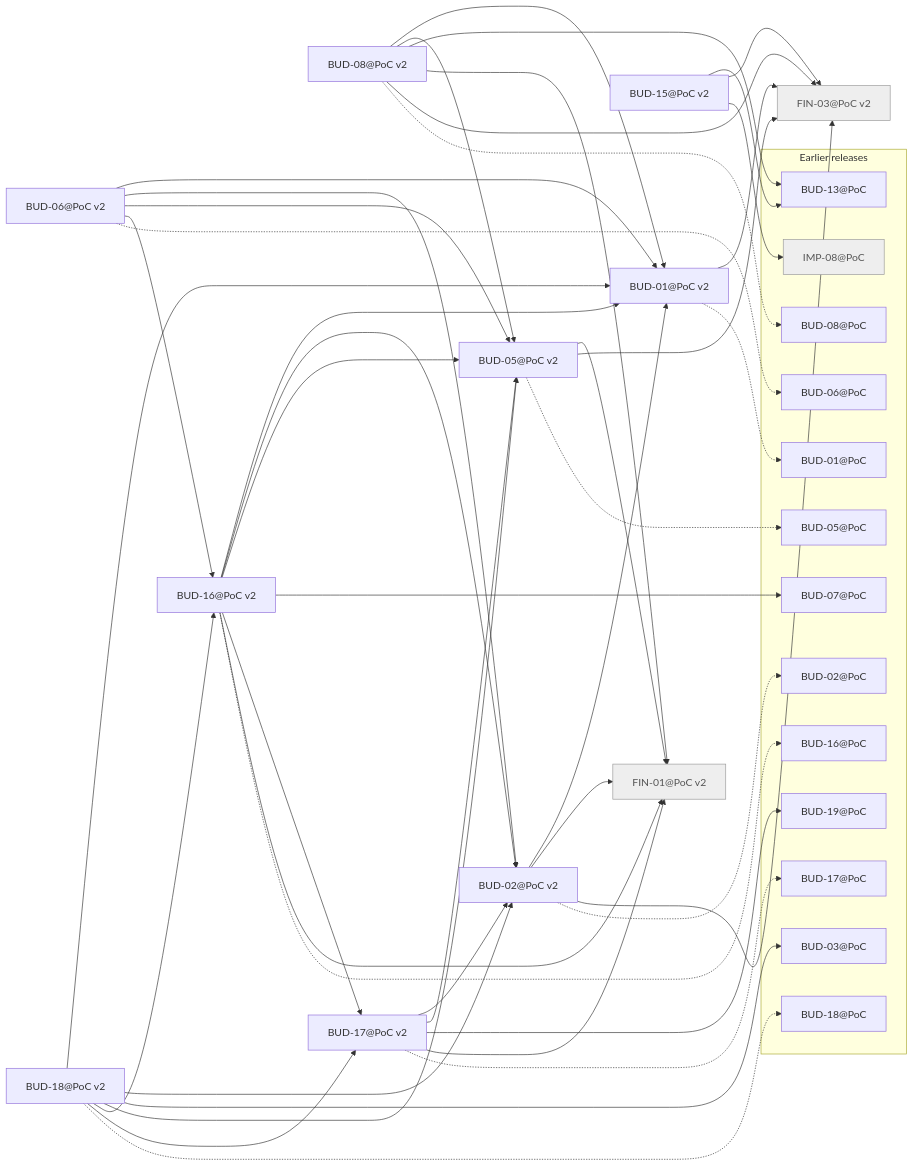
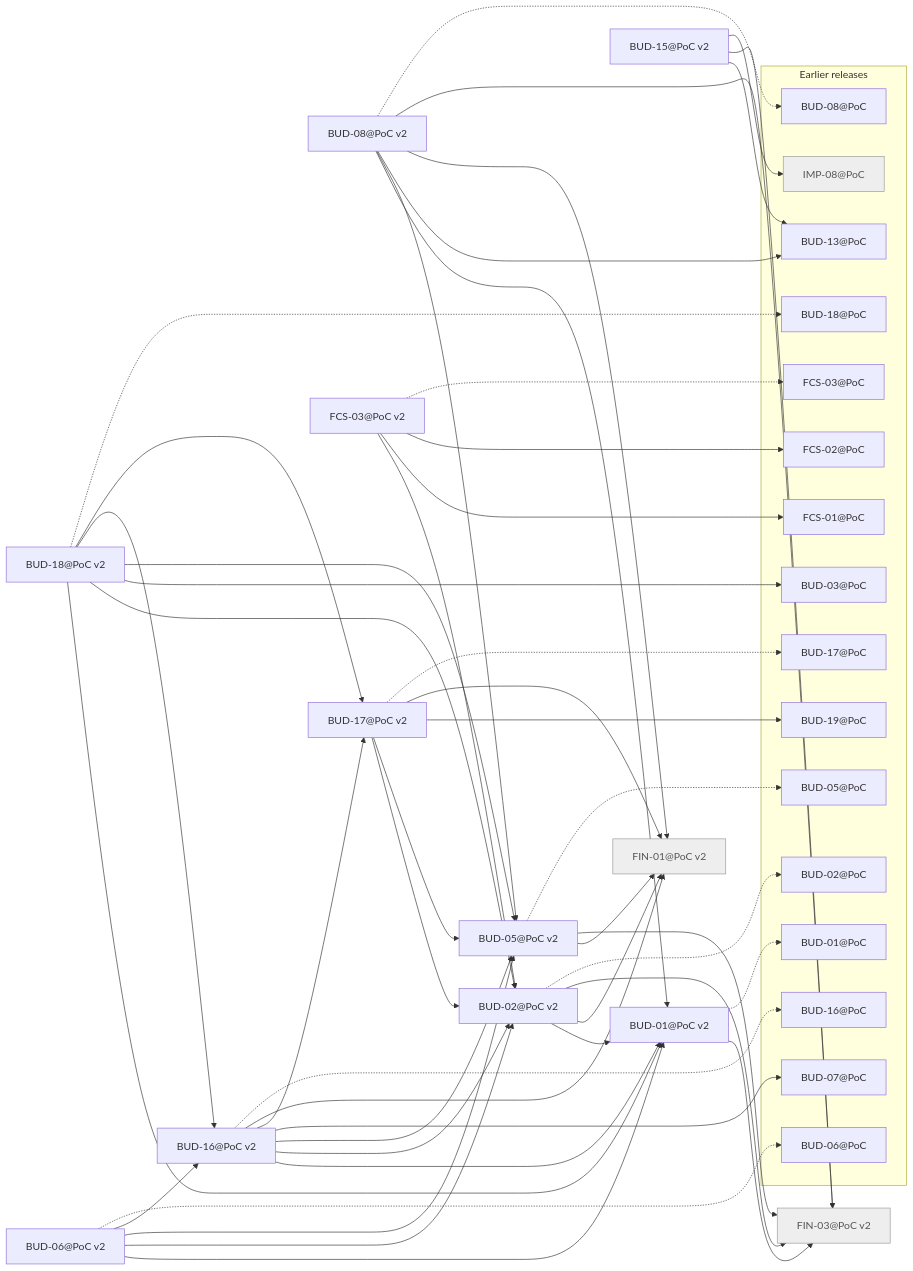
Before and after one commit to minakovval/Willowsum: the diagram in docs/traceability/release-poc-v2.md, drawn with Mermaid. The commit also changed other lines of this file and 14 other files, not shown here.

````diff
--- a/docs/traceability/release-poc-v2.md
+++ b/docs/traceability/release-poc-v2.md
@@ -25,73 +26,81 @@
 ```mermaid
 flowchart LR
   BUD_01_PoC_v2["BUD-01@PoC v2"]
   BUD_02_PoC_v2["BUD-02@PoC v2"]
   BUD_05_PoC_v2["BUD-05@PoC v2"]
   BUD_06_PoC_v2["BUD-06@PoC v2"]
   BUD_08_PoC_v2["BUD-08@PoC v2"]
   BUD_15_PoC_v2["BUD-15@PoC v2"]
   BUD_16_PoC_v2["BUD-16@PoC v2"]
   BUD_17_PoC_v2["BUD-17@PoC v2"]
   BUD_18_PoC_v2["BUD-18@PoC v2"]
+  FCS_03_PoC_v2["FCS-03@PoC v2"]
   FIN_01_PoC_v2["FIN-01@PoC v2"]
   FIN_03_PoC_v2["FIN-03@PoC v2"]
   subgraph earlier["Earlier releases"]
     BUD_01_PoC["BUD-01@PoC"]
     BUD_02_PoC["BUD-02@PoC"]
     BUD_03_PoC["BUD-03@PoC"]
     BUD_05_PoC["BUD-05@PoC"]
     BUD_06_PoC["BUD-06@PoC"]
     BUD_07_PoC["BUD-07@PoC"]
     BUD_08_PoC["BUD-08@PoC"]
     BUD_13_PoC["BUD-13@PoC"]
     BUD_16_PoC["BUD-16@PoC"]
     BUD_17_PoC["BUD-17@PoC"]
     BUD_18_PoC["BUD-18@PoC"]
     BUD_19_PoC["BUD-19@PoC"]
+    FCS_01_PoC["FCS-01@PoC"]
+    FCS_02_PoC["FCS-02@PoC"]
+    FCS_03_PoC["FCS-03@PoC"]
     IMP_08_PoC["IMP-08@PoC"]
   end
   BUD_01_PoC_v2 --> FIN_03_PoC_v2
   BUD_01_PoC_v2 -.-> BUD_01_PoC
   BUD_02_PoC_v2 --> BUD_01_PoC_v2
   BUD_02_PoC_v2 --> FIN_01_PoC_v2
   BUD_02_PoC_v2 --> FIN_03_PoC_v2
   BUD_02_PoC_v2 -.-> BUD_02_PoC
   BUD_05_PoC_v2 --> FIN_01_PoC_v2
   BUD_05_PoC_v2 --> FIN_03_PoC_v2
   BUD_05_PoC_v2 -.-> BUD_05_PoC
   BUD_06_PoC_v2 --> BUD_01_PoC_v2
   BUD_06_PoC_v2 --> BUD_02_PoC_v2
   BUD_06_PoC_v2 --> BUD_05_PoC_v2
   BUD_06_PoC_v2 --> BUD_16_PoC_v2
   BUD_06_PoC_v2 -.-> BUD_06_PoC
   BUD_08_PoC_v2 --> BUD_01_PoC_v2
   BUD_08_PoC_v2 --> BUD_05_PoC_v2
   BUD_08_PoC_v2 --> BUD_13_PoC
   BUD_08_PoC_v2 --> FIN_01_PoC_v2
   BUD_08_PoC_v2 --> FIN_03_PoC_v2
   BUD_08_PoC_v2 -.-> BUD_08_PoC
   BUD_15_PoC_v2 --> BUD_13_PoC
   BUD_15_PoC_v2 --> FIN_03_PoC_v2
   BUD_15_PoC_v2 --> IMP_08_PoC
   BUD_16_PoC_v2 --> BUD_01_PoC_v2
   BUD_16_PoC_v2 --> BUD_02_PoC_v2
   BUD_16_PoC_v2 --> BUD_05_PoC_v2
   BUD_16_PoC_v2 --> BUD_07_PoC
   BUD_16_PoC_v2 --> BUD_17_PoC_v2
   BUD_16_PoC_v2 --> FIN_01_PoC_v2
   BUD_16_PoC_v2 -.-> BUD_16_PoC
   BUD_17_PoC_v2 --> BUD_02_PoC_v2
   BUD_17_PoC_v2 --> BUD_05_PoC_v2
   BUD_17_PoC_v2 --> BUD_19_PoC
   BUD_17_PoC_v2 --> FIN_01_PoC_v2
   BUD_17_PoC_v2 -.-> BUD_17_PoC
   BUD_18_PoC_v2 --> BUD_01_PoC_v2
   BUD_18_PoC_v2 --> BUD_02_PoC_v2
   BUD_18_PoC_v2 --> BUD_03_PoC
   BUD_18_PoC_v2 --> BUD_05_PoC_v2
   BUD_18_PoC_v2 --> BUD_16_PoC_v2
   BUD_18_PoC_v2 --> BUD_17_PoC_v2
   BUD_18_PoC_v2 -.-> BUD_18_PoC
+  FCS_03_PoC_v2 --> BUD_02_PoC_v2
+  FCS_03_PoC_v2 --> FCS_01_PoC
+  FCS_03_PoC_v2 --> FCS_02_PoC
+  FCS_03_PoC_v2 -.-> FCS_03_PoC
   classDef notMigrated fill:#eee,stroke:#999,color:#555
   class FIN_01_PoC_v2,FIN_03_PoC_v2,IMP_08_PoC notMigrated
 ```
````
